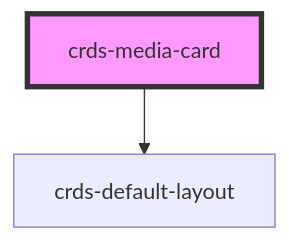
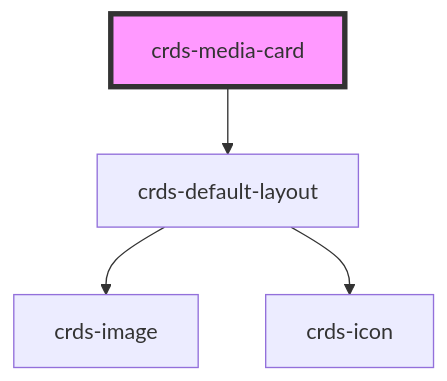
One commit to dholloran-ample/visual-regression-testing-IP changed the diagram in src/components/crds-media-card/readme.md. Above: the diagram before and after it, drawn with Mermaid. The commit also changed 129 other files, not shown here.

````diff
--- a/src/components/crds-media-card/readme.md
+++ b/src/components/crds-media-card/readme.md
@@ -35,5 +35,7 @@
 ```mermaid
 graph TD;
   crds-media-card --> crds-default-layout
+  crds-default-layout --> crds-image
+  crds-default-layout --> crds-icon
   style crds-media-card fill:#f9f,stroke:#333,stroke-width:4px
 ```
````
